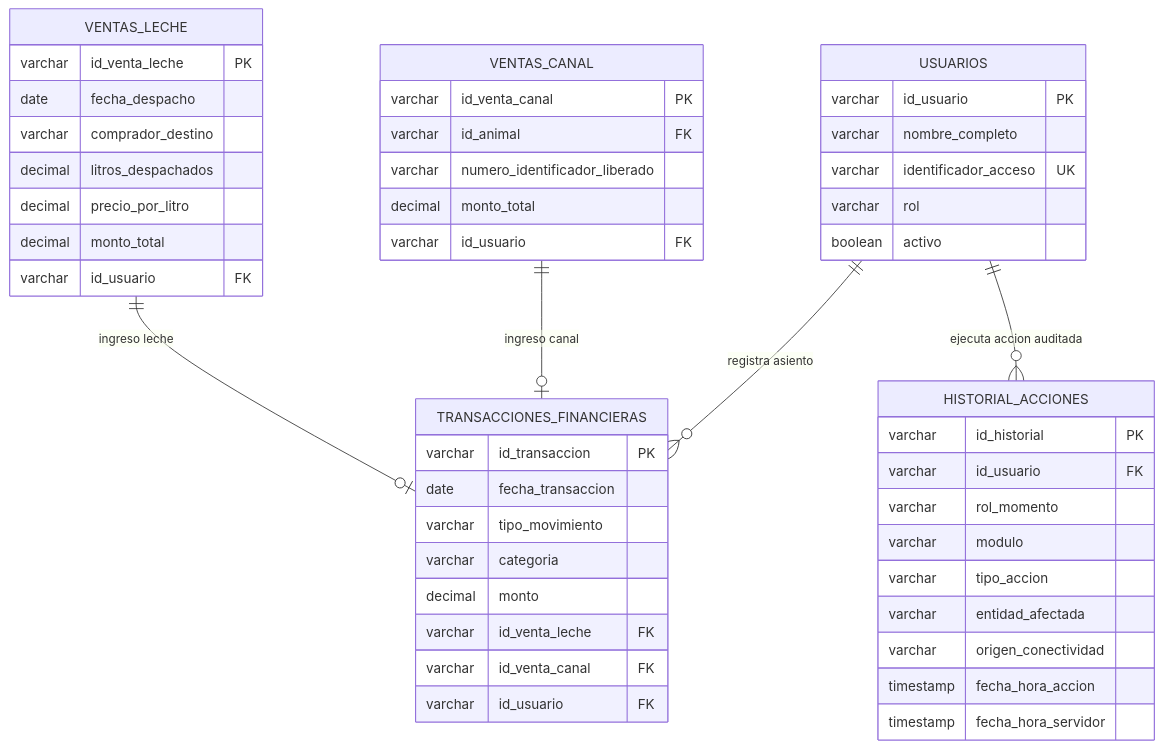
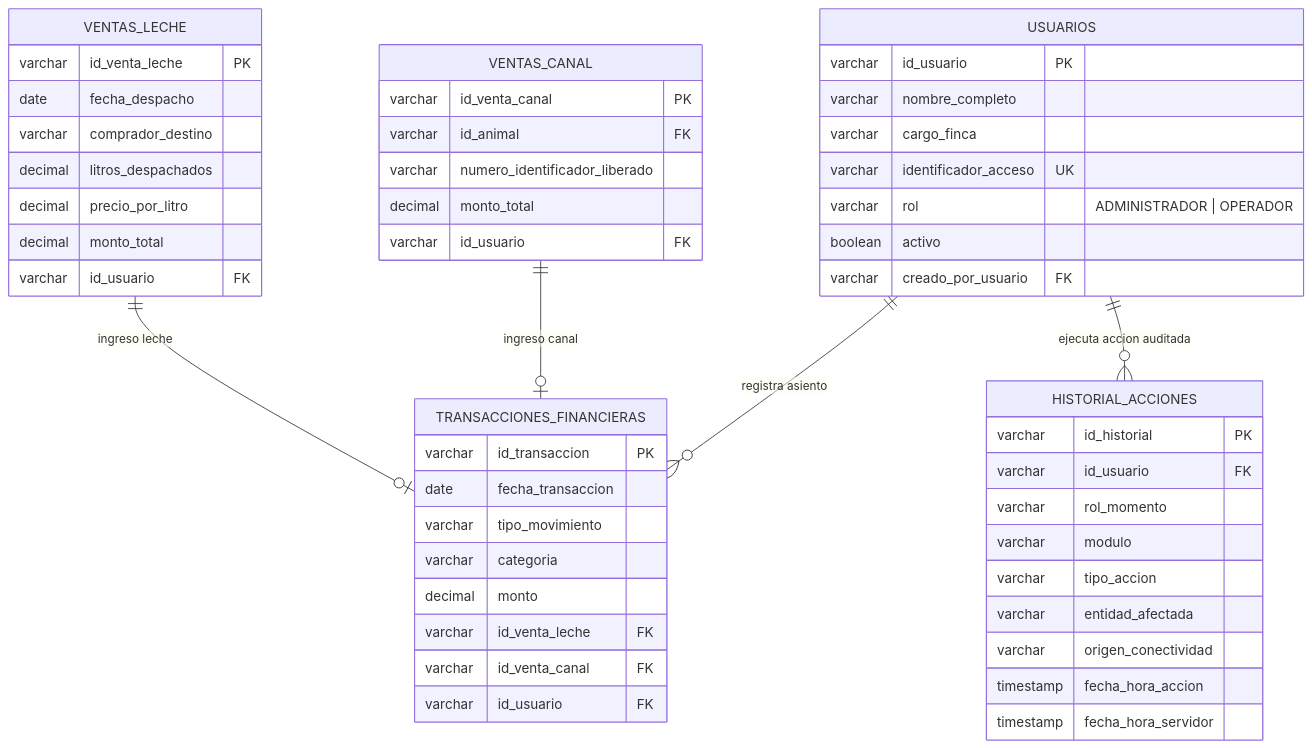
One commit to josecb0508/FincaControl_Prototype changed the fourth of 5 diagrams in modelo_base_de_datos.md. Above: the diagram before and after it, drawn with Mermaid. The commit also changed other lines of this file and 30 other files, not shown here.

````diff
--- a/modelo_base_de_datos.md
+++ b/modelo_base_de_datos.md
@@ -214,56 +215,58 @@
 ```mermaid
 erDiagram
     VENTAS_LECHE {
         varchar id_venta_leche PK
         date fecha_despacho
         varchar comprador_destino
         decimal litros_despachados
         decimal precio_por_litro
         decimal monto_total
         varchar id_usuario FK
     }
 
     VENTAS_CANAL {
         varchar id_venta_canal PK
         varchar id_animal FK
         varchar numero_identificador_liberado
         decimal monto_total
         varchar id_usuario FK
     }
 
     USUARIOS {
         varchar id_usuario PK
         varchar nombre_completo
+        varchar cargo_finca
         varchar identificador_acceso UK
-        varchar rol
+        varchar rol "ADMINISTRADOR | OPERADOR"
         boolean activo
+        varchar creado_por_usuario FK
     }
 
     TRANSACCIONES_FINANCIERAS {
         varchar id_transaccion PK
         date fecha_transaccion
         varchar tipo_movimiento
         varchar categoria
         decimal monto
         varchar id_venta_leche FK
         varchar id_venta_canal FK
         varchar id_usuario FK
     }
 
     HISTORIAL_ACCIONES {
         varchar id_historial PK
         varchar id_usuario FK
         varchar rol_momento
         varchar modulo
         varchar tipo_accion
         varchar entidad_afectada
         varchar origen_conectividad
         timestamp fecha_hora_accion
         timestamp fecha_hora_servidor
     }
 
     VENTAS_LECHE ||--o| TRANSACCIONES_FINANCIERAS : "ingreso leche"
     VENTAS_CANAL ||--o| TRANSACCIONES_FINANCIERAS : "ingreso canal"
     USUARIOS ||--o{ TRANSACCIONES_FINANCIERAS : "registra asiento"
     USUARIOS ||--o{ HISTORIAL_ACCIONES : "ejecuta accion auditada"
 ```
````
